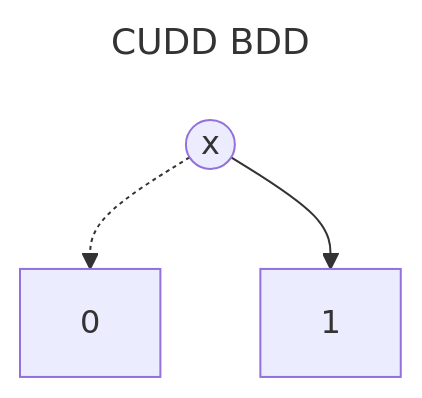
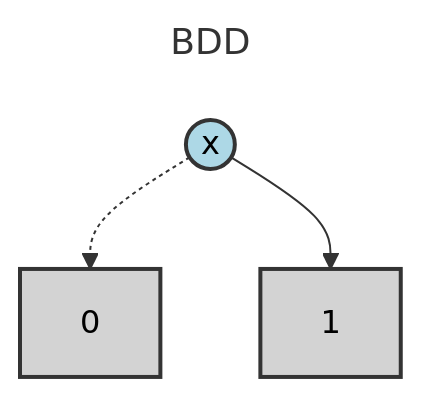
One commit to Alan-Jowett/bdd_test changed the second of 2 diagrams in test_expressions/cudd_reference_outputs/multiple_not_analysis.md. Above: the diagram before and after it, drawn with Mermaid. The commit also changed other lines of this file and 13 other files, not shown here.

````diff
--- a/test_expressions/cudd_reference_outputs/multiple_not_analysis.md
+++ b/test_expressions/cudd_reference_outputs/multiple_not_analysis.md
@@ -43,16 +43,19 @@
 ```mermaid
 ---
-title: CUDD BDD
+title: BDD
 ---
 flowchart TD
-    N0(("x"))
+    N0["1"]
     N1["0"]
-    N2["1"]
+    N2(("x"))
 
-    N0 -.-> N1
-    N0 --> N2
+    N2 -.-> N1
+    N2 --> N0
 
-    class N0 default
-    class N1 default
-    class N2 default
+    class N0 terminal
+    class N1 terminal
+    class N2 bddVariable
+
+    classDef bddVariable fill:lightblue,stroke:#333,stroke-width:2px,color:#000
+    classDef terminal fill:lightgray,stroke:#333,stroke-width:2px,color:#000
 ```
````
